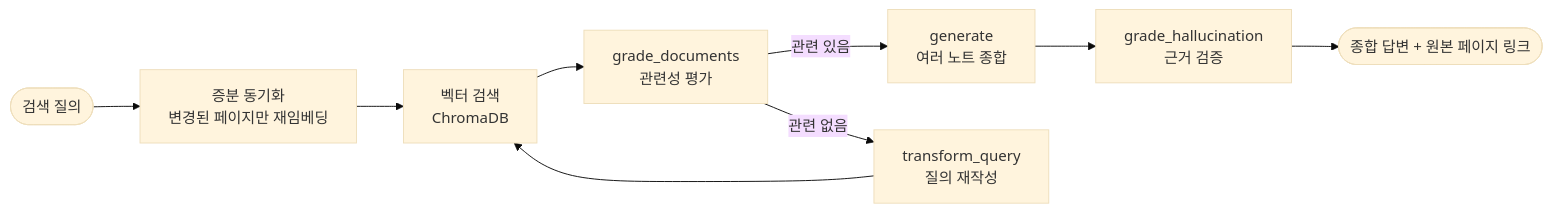
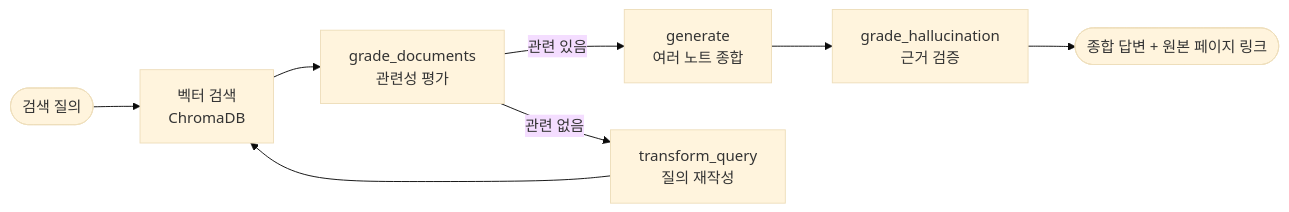
The second of 2 diagrams in README.md (hochan00/mygpt), drawn with Mermaid (base theme) before and after one commit. The commit also changed other lines of this file, not shown here.

````diff
--- a/README.md
+++ b/README.md
@@ -120,11 +124,10 @@
 ```mermaid
 flowchart LR
-    Q([검색 질의]) --> Sync["증분 동기화<br/>변경된 페이지만 재임베딩"]
-    Sync --> Retrieve["벡터 검색<br/>ChromaDB"]
+    Q([검색 질의]) --> Retrieve["벡터 검색<br/>ChromaDB"]
     Retrieve --> Grade["grade_documents<br/>관련성 평가"]
     Grade -->|관련 있음| Gen["generate<br/>여러 노트 종합"]
     Grade -->|관련 없음| Transform["transform_query<br/>질의 재작성"]
     Transform --> Retrieve
     Gen --> Hallu["grade_hallucination<br/>근거 검증"]
     Hallu --> A([종합 답변 + 원본 페이지 링크])
 ```
````
